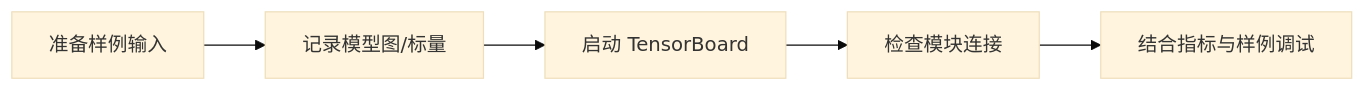
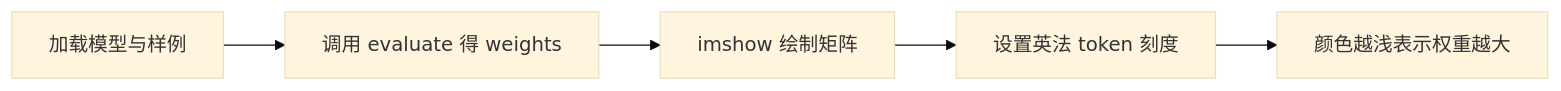
Before and after one commit to luyunix/nlp_study: the first of 2 diagrams in notes/seq2seq-translation/26-tensorboard-graph.md, drawn with Mermaid (base theme). The commit also changed other lines of this file and 66 other files, not shown here.

````diff
--- a/notes/seq2seq-translation/26-tensorboard-graph.md
+++ b/notes/seq2seq-translation/26-tensorboard-graph.md
@@ -17,12 +17,12 @@
 ```mermaid
 flowchart LR
-    N0["准备样例输入"]
-    N1["记录模型图/标量"]
-    N2["启动 TensorBoard"]
-    N3["检查模块连接"]
-    N4["结合指标与样例调试"]
+    N0["加载模型与样例"]
+    N1["调用 evaluate 得 weights"]
+    N2["imshow 绘制矩阵"]
+    N3["设置英法 token 刻度"]
+    N4["颜色越浅表示权重越大"]
     N0 --> N1
     N1 --> N2
     N2 --> N3
     N3 --> N4
 ```
````
